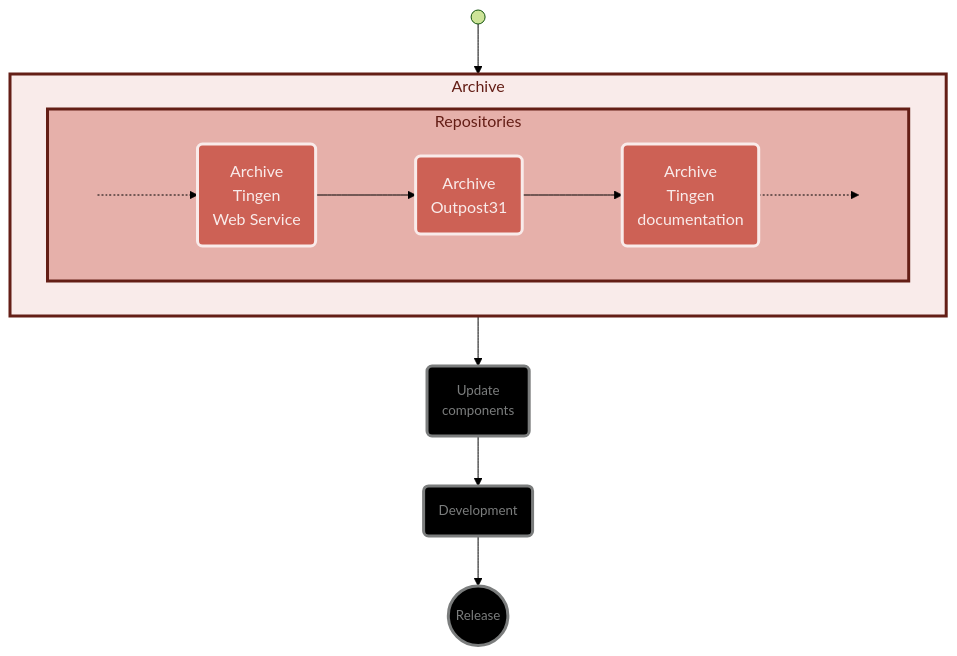
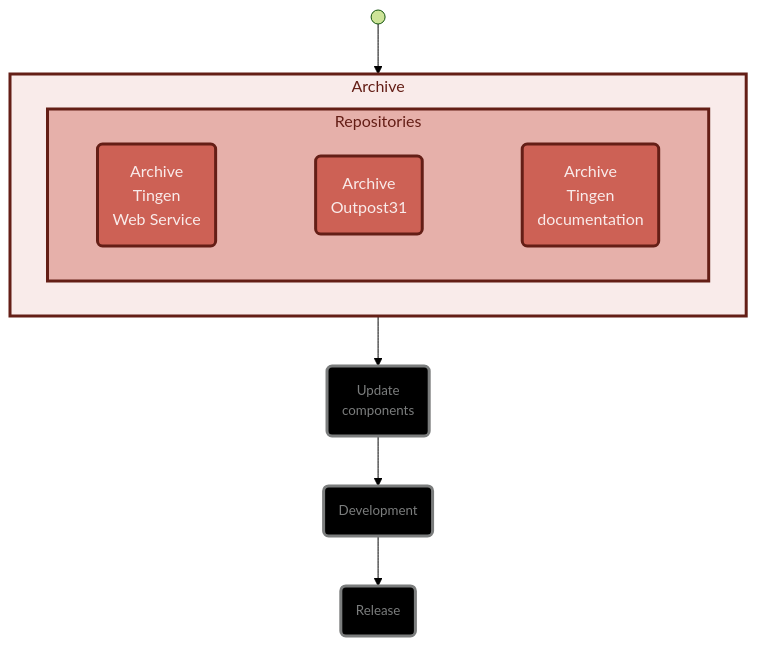
The second of 5 diagrams in Development/Workflows/workflows.md (spectrum-health-systems/tingen-documentation), drawn with Mermaid (forest theme) before and after one commit. The commit also changed other lines of this file, not shown here.

````diff
--- a/Development/Workflows/workflows.md
+++ b/Development/Workflows/workflows.md
@@ -52,36 +50,33 @@
 ```mermaid
 flowchart TB
   %% Components
   Start@{shape: sm-circ, label: "Start the workflow\n[sm-circ]"}
   UpdateComponents@{shape: rounded, label: "Update\ncomponents"}
   Development@{shape: rounded, label: "Development"}
-  Release@{shape: circ, label: "Release"}
+  Release@{shape: rounded, label: "Release"}
 
   %% Subgraphs
   subgraph _Archive ["Archive"]
     direction LR
       subgraph _ArchiveRepositories ["Repositories"]
         direction LR
         %% Components
         ArchiveTingenWebService@{shape: rounded, label: "Archive\nTingen\nWeb Service"}
         ArchiveOutpost31@{shape: rounded, label: "Archive\nOutpost31"}
         ArchiveTingenDocumentation@{shape: rounded, label: "Archive\nTingen\ndocumentation"}
         %% Layout
-        RepoStart:::Hidden -.-> ArchiveTingenWebService:::R2_ --> ArchiveOutpost31:::R2_ --> ArchiveTingenDocumentation:::R2_ -.-> RepoEnd:::Hidden
+        ArchiveTingenWebService:::R7_ ~~~ ArchiveOutpost31:::R7_ ~~~ ArchiveTingenDocumentation:::R7_
       end
   end
 
   %% Layout
   Start --> _Archive:::R5_ --> UpdateComponents:::B7a_ --> Development:::B7a_ --> Release:::B7a_
   _ArchiveRepositories:::R6_
       
   %% Styles
-  classDef R0_ stroke:#f9ebea,stroke-width:3px,fill:#f9ebea,color:#641e16
-  classDef R1_ stroke:#f9ebea,stroke-width:3px,fill:#E6B0AA,color:#641e16
-  classDef R2_ stroke:#f9ebea,stroke-width:3px,fill:#CD6155,color:#f9ebea
   classDef R5_ stroke:#641e16,stroke-width:3px,fill:#f9ebea,color:#641e16
   classDef R6_ stroke:#641e16,stroke-width:3px,fill:#E6B0AA,color:#641e16
+  classDef R7_ stroke:#641e16,stroke-width:3px,fill:#CD6155,color:#f9ebea
   classDef B7a_ stroke:#7b7d7d,stroke-width:3px,fill:#000000,color:#7b7d7d,font-size: 10pt
   classDef Hidden display: none;
-  linkStyle 0,1,2,3 stroke:#000000,stroke-width:1px
 ```
````
